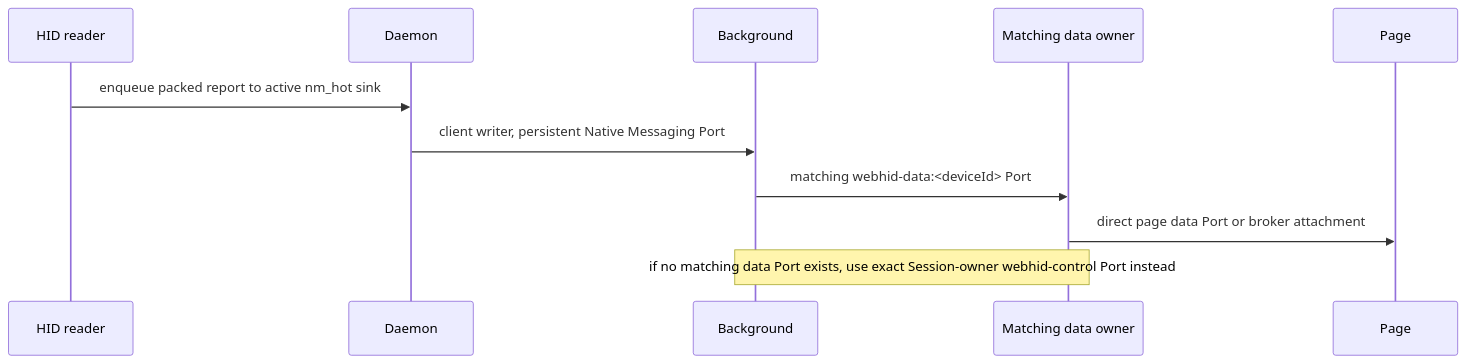
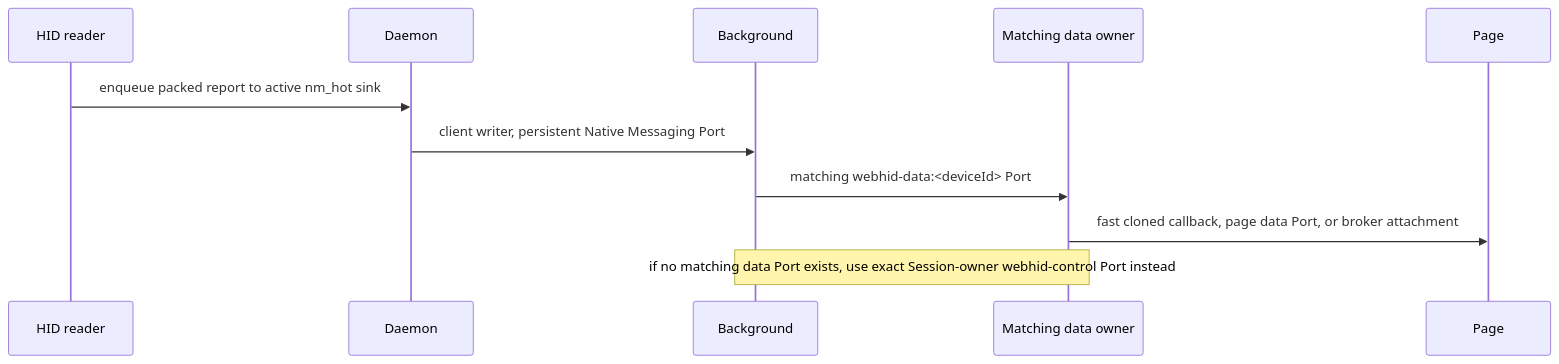
Before and after one commit to OpenPolyfill/WebHID: the seventh of 8 diagrams in docs/ARCHITECTURE.md, drawn with Mermaid. The commit also changed other lines of this file and 5 other files, not shown here.

````diff
--- a/docs/ARCHITECTURE.md
+++ b/docs/ARCHITECTURE.md
@@ -400,14 +408,14 @@
 ```mermaid
 sequenceDiagram
     participant R as HID reader
     participant D as Daemon
     participant G as Background
     participant X as Matching data owner
     participant P as Page
 
     R->>D: enqueue packed report to active nm_hot sink
     D->>G: client writer, persistent Native Messaging Port
     G->>X: matching webhid-data:<deviceId> Port
-    X->>P: direct page data Port or broker attachment
+    X->>P: fast cloned callback, page data Port, or broker attachment
     Note over G,X: if no matching data Port exists, use exact Session-owner webhid-control Port instead
 ```
````
